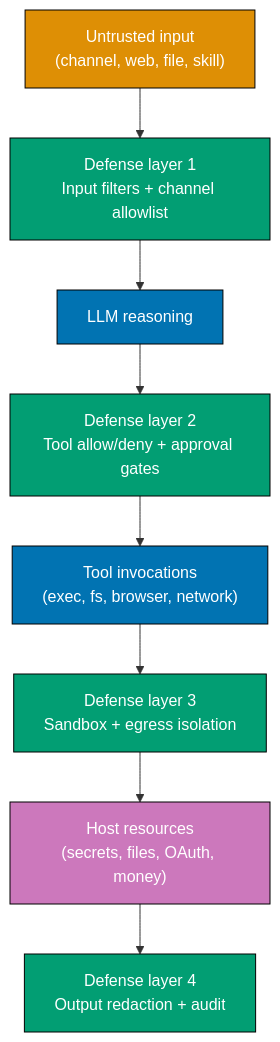
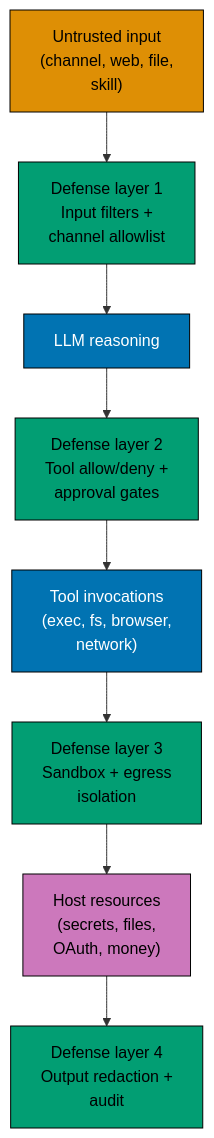
One commit to wahidyankf/ose-public changed the second of 3 diagrams in apps/ayokoding-www/content/en/learn/legacy/artificial-intelligence/tools/openclaw/by-example/advanced.md. Above: the diagram before and after it, drawn with Mermaid. The commit also changed other lines of this file and 50 other files, not shown here.

First line of the commit message:
fix(mermaid): bring the docs, governance, plans, and legacy AI diagrams onto the accessible palette

````diff
--- a/apps/ayokoding-www/content/en/learn/legacy/artificial-intelligence/tools/openclaw/by-example/advanced.md
+++ b/apps/ayokoding-www/content/en/learn/legacy/artificial-intelligence/tools/openclaw/by-example/advanced.md
@@ -422,24 +430,31 @@
 ```mermaid
 %% Color Palette: Blue #0173B2, Orange #DE8F05, Teal #029E73, Purple #CC78BC, Brown #CA9161
 graph TD
-    A["Untrusted input<br/>(channel, web, file, skill)"]
+    accTitle: Security Threat Model: OWASP LLM Top 10 Mapping
+    accDescr: Graph with 8 nodes and 7 connections. Nodes: Untrusted input (channel, web, file, skill), LLM reasoning, Tool invocations (exec, fs, browser, network), Host resources (secrets, files, OAuth, money), Defense layer 1 Input filters + channel allowlist, Defense layer 2 Tool allow/deny + approval gates, Defense layer 3 Sandbox + egress isolation, Defense layer 4 Output redaction + audit. Connections: Untrusted input (channel, web, file, skill) to Defense layer 1 Input filters + channel allowlist, Defense layer 1 Input filters + channel allowlist to LLM reasoning, LLM reasoning to Defense layer 2 Tool allow/deny + approval gates, Defense layer 2 Tool allow/deny + approval gates to Tool invocations (exec, fs, browser, network), Tool invocations (exec, fs, browser, network) to Defense layer 3 Sandbox + egress isolation, Defense layer 3 Sandbox + egress isolation to Host resources (secrets, files, OAuth, money), Host resources (secrets, files, OAuth, money) to Defense layer 4 Output redaction + audit.
+    A["Untrusted input<br/>(channel, web, file,<br/>skill)"]
     B["LLM reasoning"]
-    C["Tool invocations<br/>(exec, fs, browser, network)"]
-    D["Host resources<br/>(secrets, files, OAuth, money)"]
-    E["Defense layer 1<br/>Input filters + channel allowlist"]
-    F["Defense layer 2<br/>Tool allow/deny + approval gates"]
-    G["Defense layer 3<br/>Sandbox + egress isolation"]
-    H["Defense layer 4<br/>Output redaction + audit"]
+    C["Tool invocations<br/>(exec, fs, browser,<br/>network)"]
+    D["Host resources<br/>(secrets, files,<br/>OAuth, money)"]
+    E["Defense layer 1<br/>Input filters +<br/>channel allowlist"]
+    F["Defense layer 2<br/>Tool allow/deny +<br/>approval gates"]
+    G["Defense layer 3<br/>Sandbox + egress<br/>isolation"]
+    H["Defense layer 4<br/>Output redaction +<br/>audit"]
 
     A --> E --> B --> F --> C --> G --> D
     D --> H
 
-    style A fill:#DE8F05,stroke:#000,color:#fff
-    style B fill:#0173B2,stroke:#000,color:#fff
-    style C fill:#0173B2,stroke:#000,color:#fff
-    style D fill:#CC78BC,stroke:#000,color:#fff
-    style E fill:#029E73,stroke:#000,color:#fff
-    style F fill:#029E73,stroke:#000,color:#fff
-    style G fill:#029E73,stroke:#000,color:#fff
-    style H fill:#029E73,stroke:#000,color:#fff
+    classDef pal-DE8F05 fill:#DE8F05,stroke:#000000,color:#000000
+    class A pal-DE8F05
+    classDef pal-0173B2 fill:#0173B2,stroke:#000000,color:#FFFFFF
+    class B pal-0173B2
+    class C pal-0173B2
+    classDef pal-CC78BC fill:#CC78BC,stroke:#000000,color:#000000
+    class D pal-CC78BC
+    classDef pal-029E73 fill:#029E73,stroke:#000000,color:#000000
+    class E pal-029E73
+    class F pal-029E73
+    class G pal-029E73
+    class H pal-029E73
+    classDef default fill:#FFFFFF,stroke:#000000,color:#000000
 ```
````
